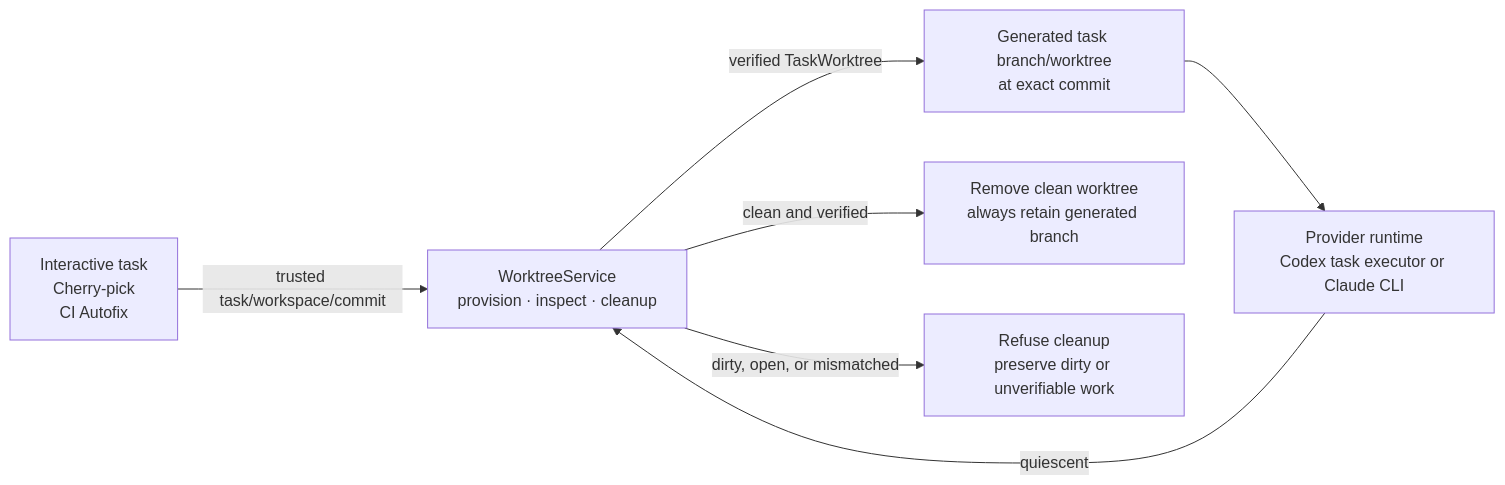
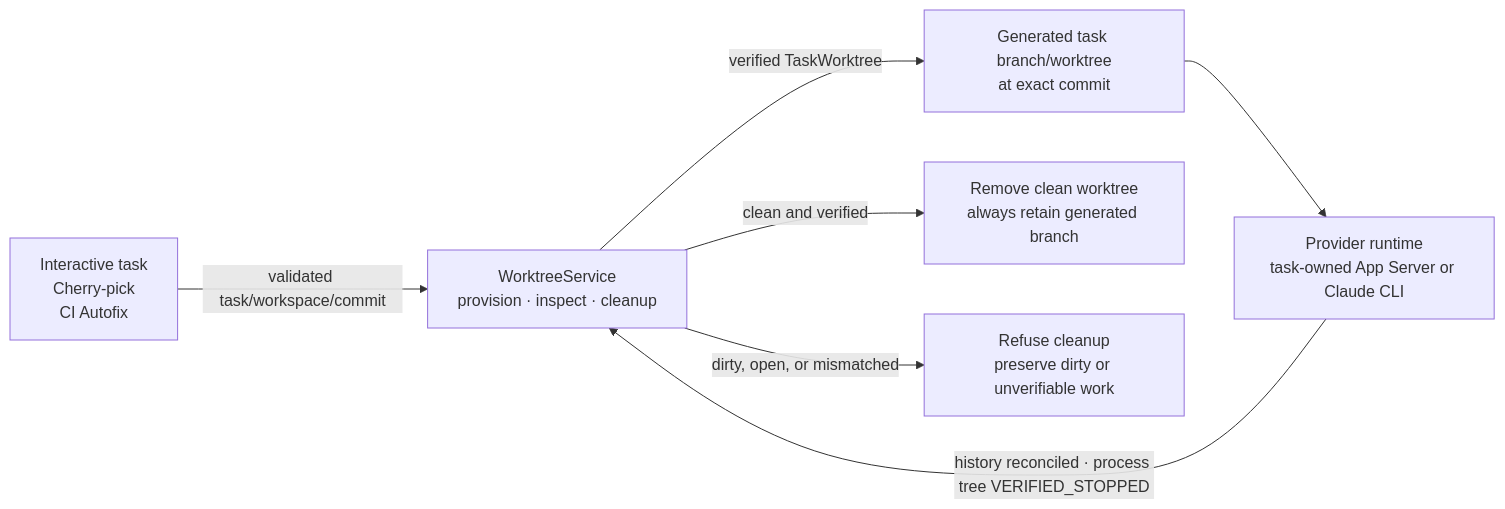
The diagram in docs/design/worktree-service.md (bytequay/bytequay), drawn with Mermaid before and after one commit. The commit also changed other lines of this file and 22 other files, not shown here.

````diff
--- a/docs/design/worktree-service.md
+++ b/docs/design/worktree-service.md
@@ -34,16 +36,16 @@
 ```mermaid
 flowchart LR
     CALLER["Interactive task<br/>Cherry-pick<br/>CI Autofix"]
     SERVICE["WorktreeService<br/>provision · inspect · cleanup"]
     WORKTREE["Generated task branch/worktree<br/>at exact commit"]
-    RUNTIME["Provider runtime<br/>Codex task executor or Claude CLI"]
+    RUNTIME["Provider runtime<br/>task-owned App Server or Claude CLI"]
     RESULT["Remove clean worktree<br/>always retain generated branch"]
     PRESERVE["Refuse cleanup<br/>preserve dirty or unverifiable work"]
 
-    CALLER -->|"trusted task/workspace/commit"| SERVICE
+    CALLER -->|"validated task/workspace/commit"| SERVICE
     SERVICE -->|"verified TaskWorktree"| WORKTREE
     WORKTREE --> RUNTIME
-    RUNTIME -->|"quiescent"| SERVICE
+    RUNTIME -->|"history reconciled · process tree VERIFIED_STOPPED"| SERVICE
     SERVICE -->|"clean and verified"| RESULT
     SERVICE -->|"dirty, open, or mismatched"| PRESERVE
 ```
````
